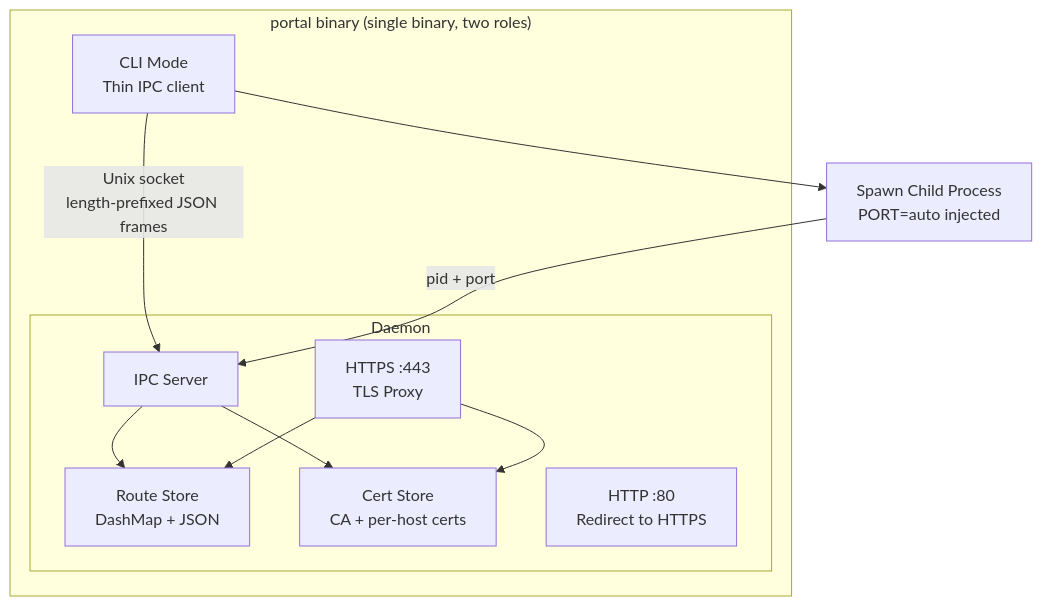
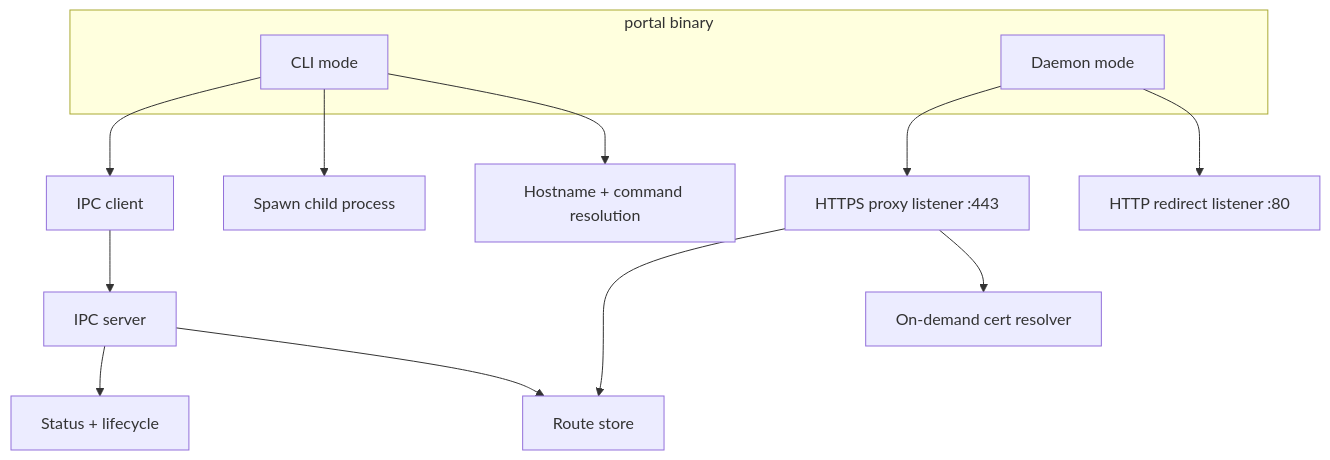
One commit to been-there-done-that/portal changed the fourth of 8 diagrams in README.md. Above: the diagram before and after it, drawn with Mermaid. The commit also changed other lines of this file and 4 other files, not shown here.

````diff
--- a/README.md
+++ b/README.md
@@ -72,21 +143,20 @@
 ```mermaid
 graph TD
-    subgraph Binary ["portal binary (single binary, two roles)"]
-        CLI[CLI Mode\nThin IPC client]
-        Daemon[Daemon Mode\nPORTAL_IS_DAEMON=1]
+    subgraph Binary["portal binary"]
+        CLI["CLI mode"]
+        Daemon["Daemon mode"]
     end
 
-    CLI -->|"Unix socket\nlength-prefixed JSON frames"| IPC[IPC Server]
+    CLI --> Detect["Hostname + command resolution"]
+    CLI --> Spawn["Spawn child process"]
+    CLI --> IPC["IPC client"]
 
-    subgraph Daemon
-        IPC --> RouteStore[Route Store\nDashMap + JSON]
-        IPC --> CertStore[Cert Store\nCA + per-host certs]
-        HTTPListener[HTTP :80\nRedirect to HTTPS] 
-        HTTPSListener[HTTPS :443\nTLS Proxy]
-        HTTPSListener --> CertStore
-        HTTPSListener --> RouteStore
-    end
+    IPC --> IpcServer["IPC server"]
+    IpcServer --> RouteStore["Route store"]
+    IpcServer --> Status["Status + lifecycle"]
 
-    CLI --> SpawnChild[Spawn Child Process\nPORT=auto injected]
-    SpawnChild -->|pid + port| IPC
+    Daemon --> HTTP["HTTP redirect listener :80"]
+    Daemon --> HTTPS["HTTPS proxy listener :443"]
+    HTTPS --> CertStore["On-demand cert resolver"]
+    HTTPS --> RouteStore
 ```
````
